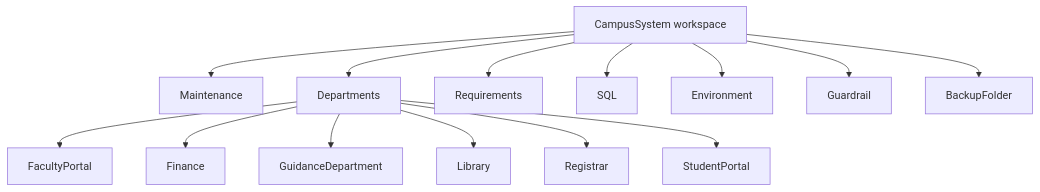
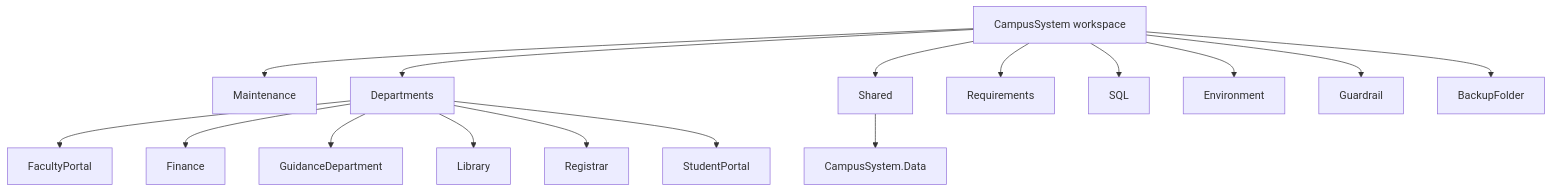
The diagram in CampusSystem-Project-Map.md (genesisseat/CampusSystem), drawn with Mermaid before and after one commit. The commit also changed other lines of this file and 30 other files, not shown here.

````diff
--- a/CampusSystem-Project-Map.md
+++ b/CampusSystem-Project-Map.md
@@ -9,16 +9,18 @@
 ```mermaid
 flowchart TD
     A[CampusSystem workspace] --> B[Maintenance]
     A --> C[Departments]
+    A --> O[Shared]
+    O --> P[CampusSystem.Data]
     C --> D[FacultyPortal]
     C --> E[Finance]
     C --> F[GuidanceDepartment]
     C --> G[Library]
     C --> H[Registrar]
     C --> I[StudentPortal]
     A --> J[Requirements]
     A --> K[SQL]
     A --> L[Environment]
     A --> M[Guardrail]
     A --> N[BackupFolder]
 ```
````
